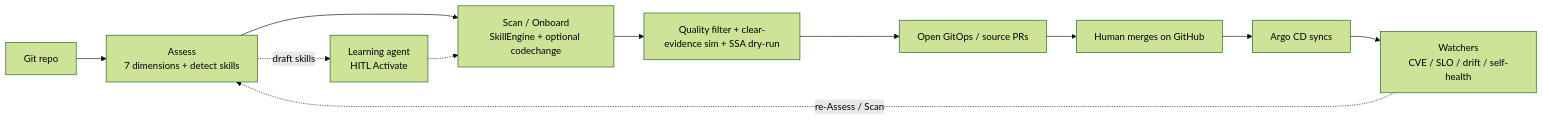
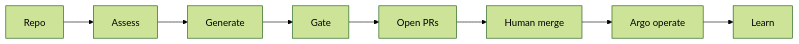
The diagram in README.md (alimobrem/AgentIT), drawn with Mermaid (forest theme) before and after one commit. The commit also changed other lines of this file and 57 other files, not shown here.

````diff
--- a/README.md
+++ b/README.md
@@ -132,13 +42,10 @@
 ```mermaid
 flowchart LR
-    A["Git repo"] --> B["Assess\n7 dimensions + detect skills"]
-    B --> C["Scan / Onboard\nSkillEngine + optional codechange"]
-    C --> D["Quality filter + clear-evidence sim + SSA dry-run"]
-    D --> E["Open GitOps / source PRs"]
-    E --> F["Human merges on GitHub"]
-    F --> G["Argo CD syncs"]
-    G --> H["Watchers\nCVE / SLO / drift / self-health"]
-    H -.->|"re-Assess / Scan"| B
-    B -.->|"draft skills"| I["Learning agent\nHITL Activate"]
-    I -.-> C
+    A["Repo"] --> B["Assess"]
+    B --> C["Generate"]
+    C --> D["Gate"]
+    D --> E["Open PRs"]
+    E --> F["Human merge"]
+    F --> G["Argo operate"]
+    G --> H["Learn"]
 ```
````
